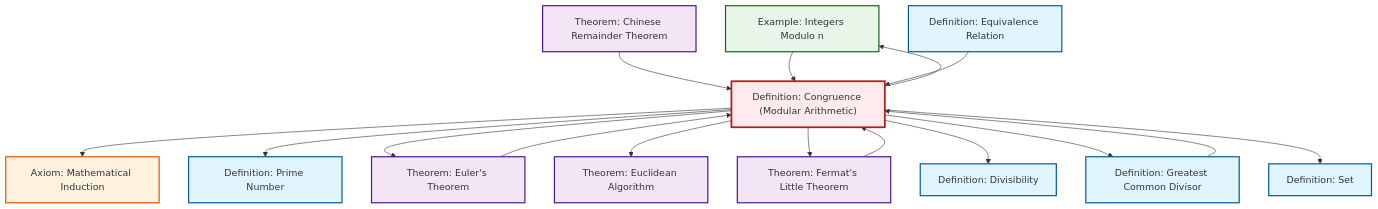
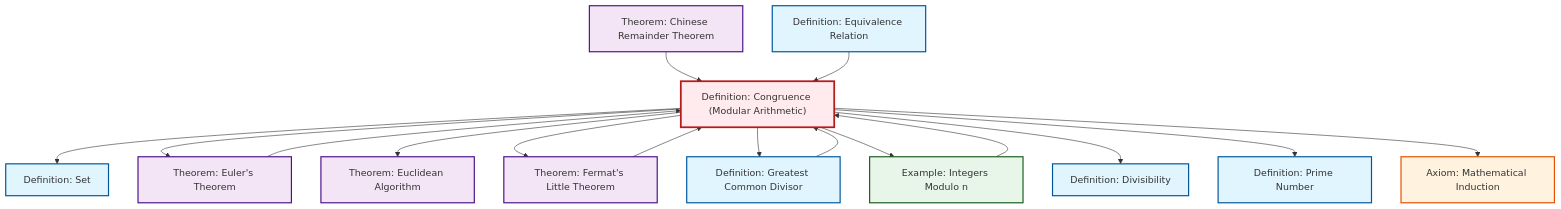
The diagram in content/en/number-theory/def-congruence.qmd (RK0429/ModernMath), drawn with Mermaid before and after one commit. The commit also changed other lines of this file and 619 other files, not shown here.

First line of the commit message:
feat: Add LCM (Least Common Multiple) definition with comprehensive cross-references

````diff
--- a/content/en/number-theory/def-congruence.qmd
+++ b/content/en/number-theory/def-congruence.qmd
@@ -123,48 +123,48 @@
 ```{mermaid}
 %%| fig-cap: "Local dependency graph"
 graph TD
     classDef definition fill:#e1f5fe,stroke:#01579b,stroke-width:2px
     classDef theorem fill:#f3e5f5,stroke:#4a148c,stroke-width:2px
     classDef axiom fill:#fff3e0,stroke:#e65100,stroke-width:2px
     classDef example fill:#e8f5e9,stroke:#1b5e20,stroke-width:2px
     classDef current fill:#ffebee,stroke:#b71c1c,stroke-width:3px
+    ax-induction["Axiom: Mathematical Induction"]:::axiom
+    def-congruence["Definition: Congruence (Modular Arithmetic)"]:::definition
+    def-gcd["Definition: Greatest Common Divisor"]:::definition
+    def-divisibility["Definition: Divisibility"]:::definition
+    def-prime["Definition: Prime Number"]:::definition
+    def-set["Definition: Set"]:::definition
+    def-equivalence-relation["Definition: Equivalence Relation"]:::definition
+    thm-euclidean-algorithm["Theorem: Euclidean Algorithm"]:::theorem
     ex-quotient-integers-mod-n["Example: Integers Modulo n"]:::example
     thm-euler["Theorem: Euler's Theorem"]:::theorem
-    def-gcd["Definition: Greatest Common Divisor"]:::definition
-    def-equivalence-relation["Definition: Equivalence Relation"]:::definition
-    def-congruence["Definition: Congruence (Modular Arithmetic)"]:::definition
+    thm-chinese-remainder["Theorem: Chinese Remainder Theorem"]:::theorem
     thm-fermat-little["Theorem: Fermat's Little Theorem"]:::theorem
-    def-set["Definition: Set"]:::definition
-    thm-chinese-remainder["Theorem: Chinese Remainder Theorem"]:::theorem
-    thm-euclidean-algorithm["Theorem: Euclidean Algorithm"]:::theorem
-    def-prime["Definition: Prime Number"]:::definition
-    ax-induction["Axiom: Mathematical Induction"]:::axiom
-    def-divisibility["Definition: Divisibility"]:::definition
+    def-congruence --> def-set
+    def-congruence --> thm-euler
+    def-congruence --> thm-euclidean-algorithm
+    thm-chinese-remainder --> def-congruence
+    def-congruence --> thm-fermat-little
+    def-congruence --> def-gcd
+    def-gcd --> def-congruence
+    thm-euler --> def-congruence
+    def-congruence --> ex-quotient-integers-mod-n
+    thm-fermat-little --> def-congruence
+    def-congruence --> def-divisibility
+    def-congruence --> def-prime
+    ex-quotient-integers-mod-n --> def-congruence
+    def-equivalence-relation --> def-congruence
     def-congruence --> ax-induction
-    def-gcd --> def-congruence
-    def-congruence --> def-prime
-    thm-fermat-little --> def-congruence
-    def-congruence --> thm-euler
-    thm-chinese-remainder --> def-congruence
-    def-congruence --> ex-quotient-integers-mod-n
-    ex-quotient-integers-mod-n --> def-congruence
-    def-congruence --> thm-euclidean-algorithm
-    thm-euler --> def-congruence
-    def-congruence --> thm-fermat-little
-    def-congruence --> def-divisibility
-    def-equivalence-relation --> def-congruence
-    def-congruence --> def-gcd
-    def-congruence --> def-set
     class def-congruence current
+    click ax-induction "ax-induction.html" "Go to Mathematical Induction axiom"
+    click def-gcd "def-gcd.html" "Go to Greatest Common Divisor definition"
+    click def-divisibility "def-divisibility.html" "Go to Divisibility definition"
+    click def-prime "def-prime.html" "Go to Prime Number definition"
+    click def-set "def-set.html" "Go to Set definition"
+    click def-equivalence-relation "def-equivalence-relation.html" "Go to Equivalence Relation definition"
+    click thm-euclidean-algorithm "thm-euclidean-algorithm.html" "Go to Euclidean Algorithm theorem"
     click ex-quotient-integers-mod-n "ex-quotient-integers-mod-n.html" "Go to Integers Modulo n example"
     click thm-euler "thm-euler.html" "Go to Euler's Theorem theorem"
-    click def-gcd "def-gcd.html" "Go to Greatest Common Divisor definition"
-    click def-equivalence-relation "def-equivalence-relation.html" "Go to Equivalence Relation definition"
+    click thm-chinese-remainder "thm-chinese-remainder.html" "Go to Chinese Remainder Theorem theorem"
     click thm-fermat-little "thm-fermat-little.html" "Go to Fermat's Little Theorem theorem"
-    click def-set "def-set.html" "Go to Set definition"
-    click thm-chinese-remainder "thm-chinese-remainder.html" "Go to Chinese Remainder Theorem theorem"
-    click thm-euclidean-algorithm "thm-euclidean-algorithm.html" "Go to Euclidean Algorithm theorem"
-    click def-prime "def-prime.html" "Go to Prime Number definition"
-    click ax-induction "ax-induction.html" "Go to Mathematical Induction axiom"
-    click def-divisibility "def-divisibility.html" "Go to Divisibility definition"
 ```
````
